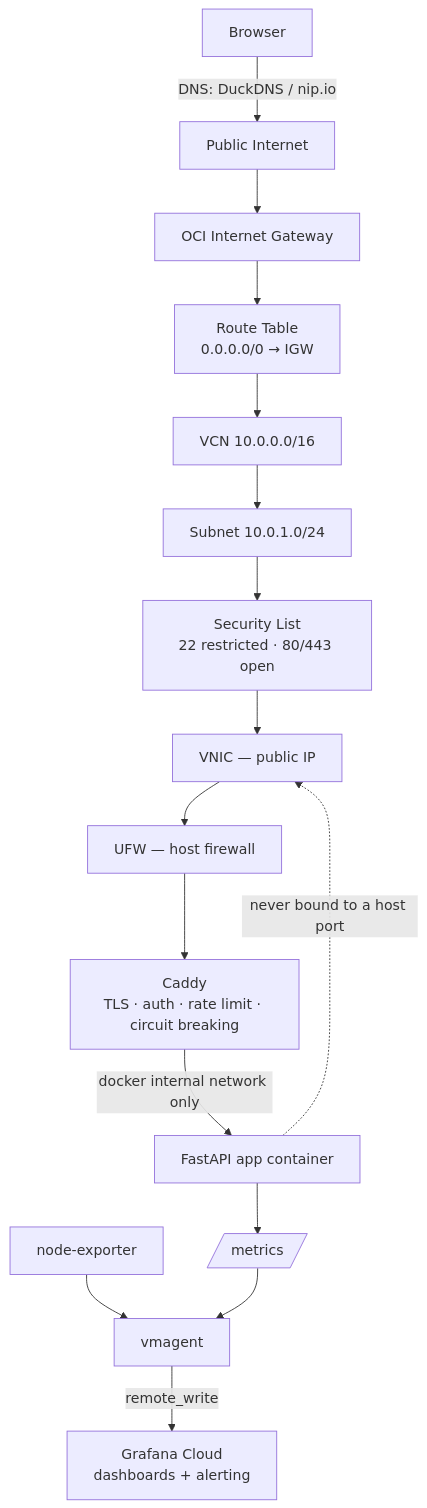
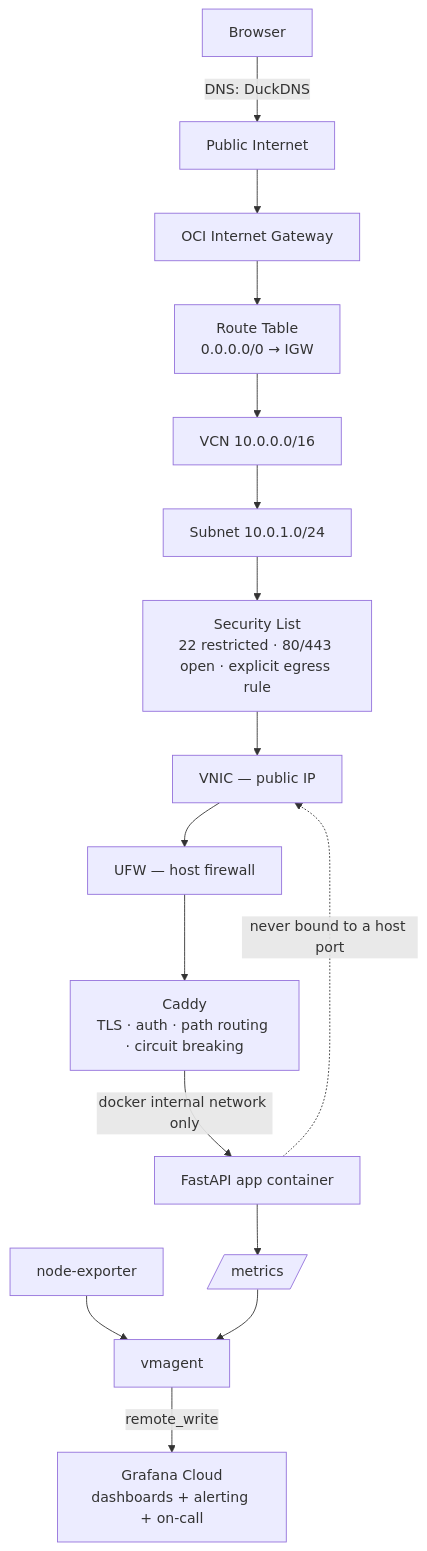
One commit to E-Vanika/solo-sre-project changed the first of 2 diagrams in README.md. Above: the diagram before and after it, drawn with Mermaid. The commit also changed other lines of this file and 13 other files, not shown here.

First line of the commit message:
Add production monitoring and observability documentation with Grafana dashboards and metrics

````diff
--- a/README.md
+++ b/README.md
@@ -28,19 +26,19 @@
 ```mermaid
 flowchart TD
-    A[Browser] -->|DNS: DuckDNS / nip.io| B[Public Internet]
+    A[Browser] -->|DNS: DuckDNS| B[Public Internet]
     B --> C[OCI Internet Gateway]
-    C --> D[Route Table<br/>0.0.0.0/0 → IGW]
+    C --> D["Route Table<br/>0.0.0.0/0 → IGW"]
     D --> E[VCN 10.0.0.0/16]
     E --> F[Subnet 10.0.1.0/24]
-    F --> G["Security List<br/>22 restricted · 80/443 open"]
+    F --> G["Security List<br/>22 restricted · 80/443 open · explicit egress rule"]
     G --> H[VNIC — public IP]
     H --> I[UFW — host firewall]
-    I --> J["Caddy<br/>TLS · auth · rate limit · circuit breaking"]
+    I --> J["Caddy<br/>TLS · auth · path routing · circuit breaking"]
     J -->|docker internal network only| K[FastAPI app container]
     K -.->|never bound to a host port| H
 
     K --> L[/metrics/]
     M[node-exporter] --> N[vmagent]
     L --> N
-    N -->|remote_write| O[Grafana Cloud<br/>dashboards + alerting]
+    N -->|remote_write| O[Grafana Cloud<br/>dashboards + alerting + on-call]
 ```
````
